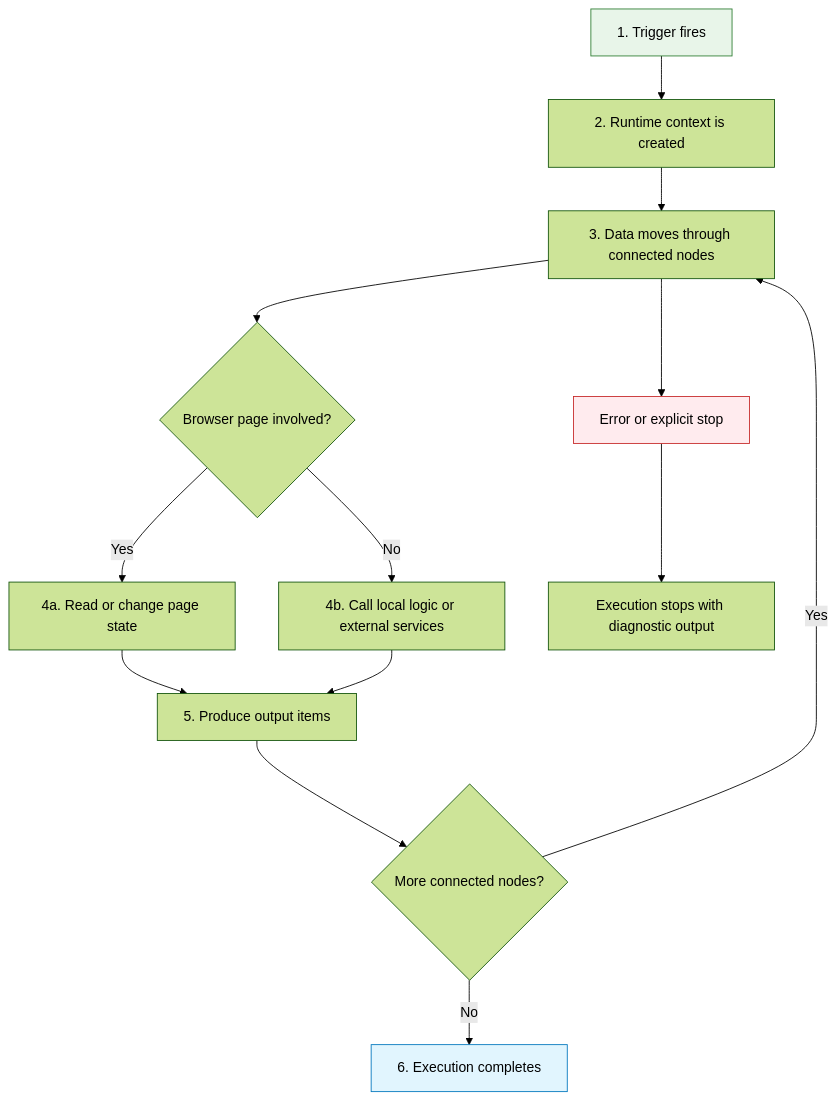
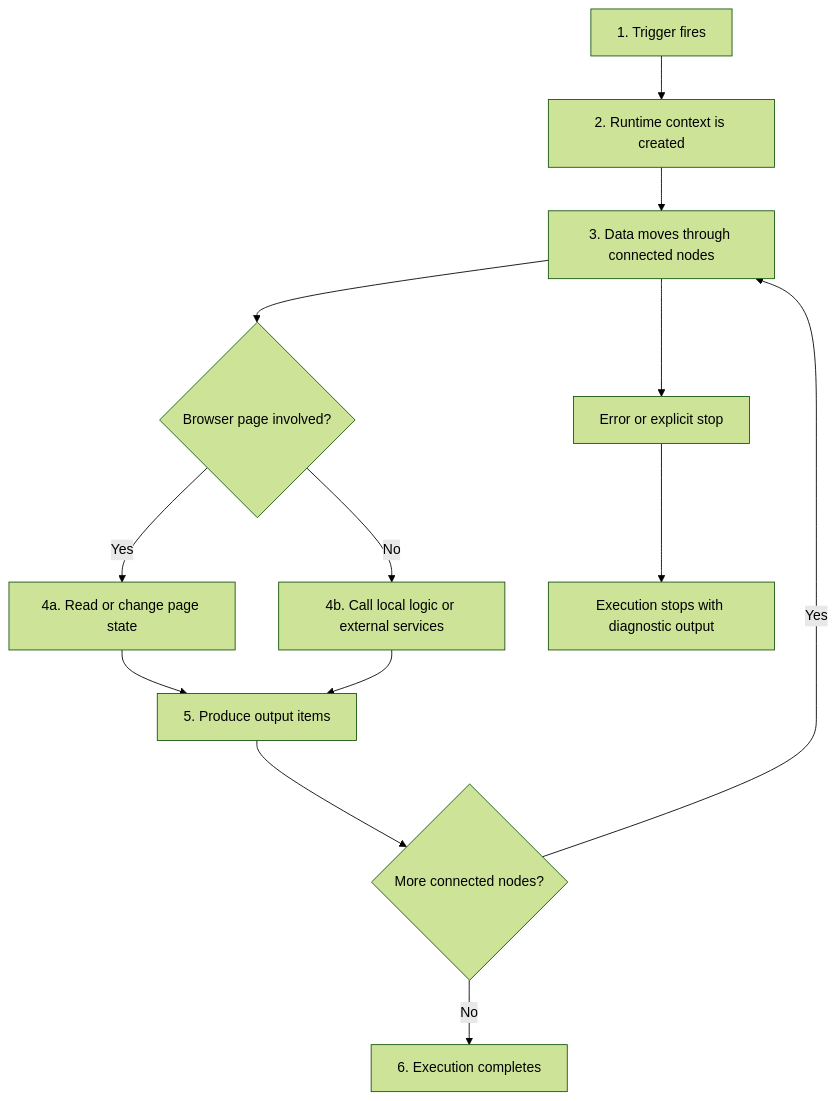
Before and after one commit to agentic-com/Agentic-Flow-Doc: the diagram in src/content/docs/concepts/flow/workflow-lifecycle.mdx, drawn with Mermaid (forest theme). The commit also changed other lines of this file and 36 other files, not shown here.

````diff
--- a/src/content/docs/concepts/flow/workflow-lifecycle.mdx
+++ b/src/content/docs/concepts/flow/workflow-lifecycle.mdx
@@ -15,19 +15,19 @@
 ```mermaid
 flowchart TD
   Trigger["1. Trigger fires"] --> Context["2. Runtime context is created"]
   Context --> Data["3. Data moves through connected nodes"]
   Data --> Browser{"Browser page involved?"}
   Browser -->|Yes| Page["4a. Read or change page state"]
   Browser -->|No| Service["4b. Call local logic or external services"]
   Page --> Result["5. Produce output items"]
   Service --> Result
   Result --> Done{"More connected nodes?"}
   Done -->|Yes| Data
   Done -->|No| Complete["6. Execution completes"]
   Data --> Error["Error or explicit stop"]
   Error --> Stop["Execution stops with diagnostic output"]
 
-  style Trigger fill:#e8f5e9,stroke:#2e7d32
-  style Error fill:#ffebee,stroke:#c62828
-  style Complete fill:#e1f5fe,stroke:#0277bd
+  class Trigger awf-trigger
+  class Error awf-err
+  class Complete awf-ok
 ```
````
